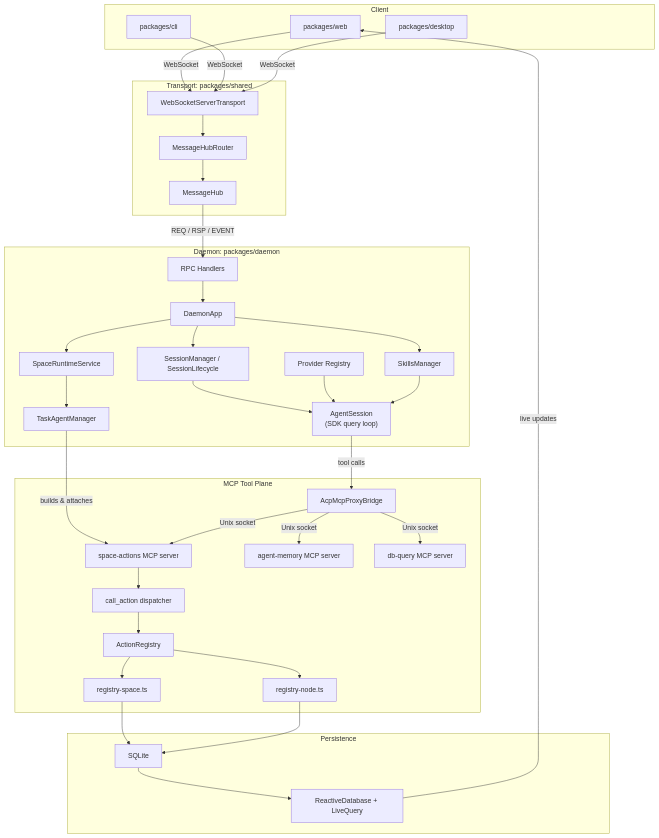
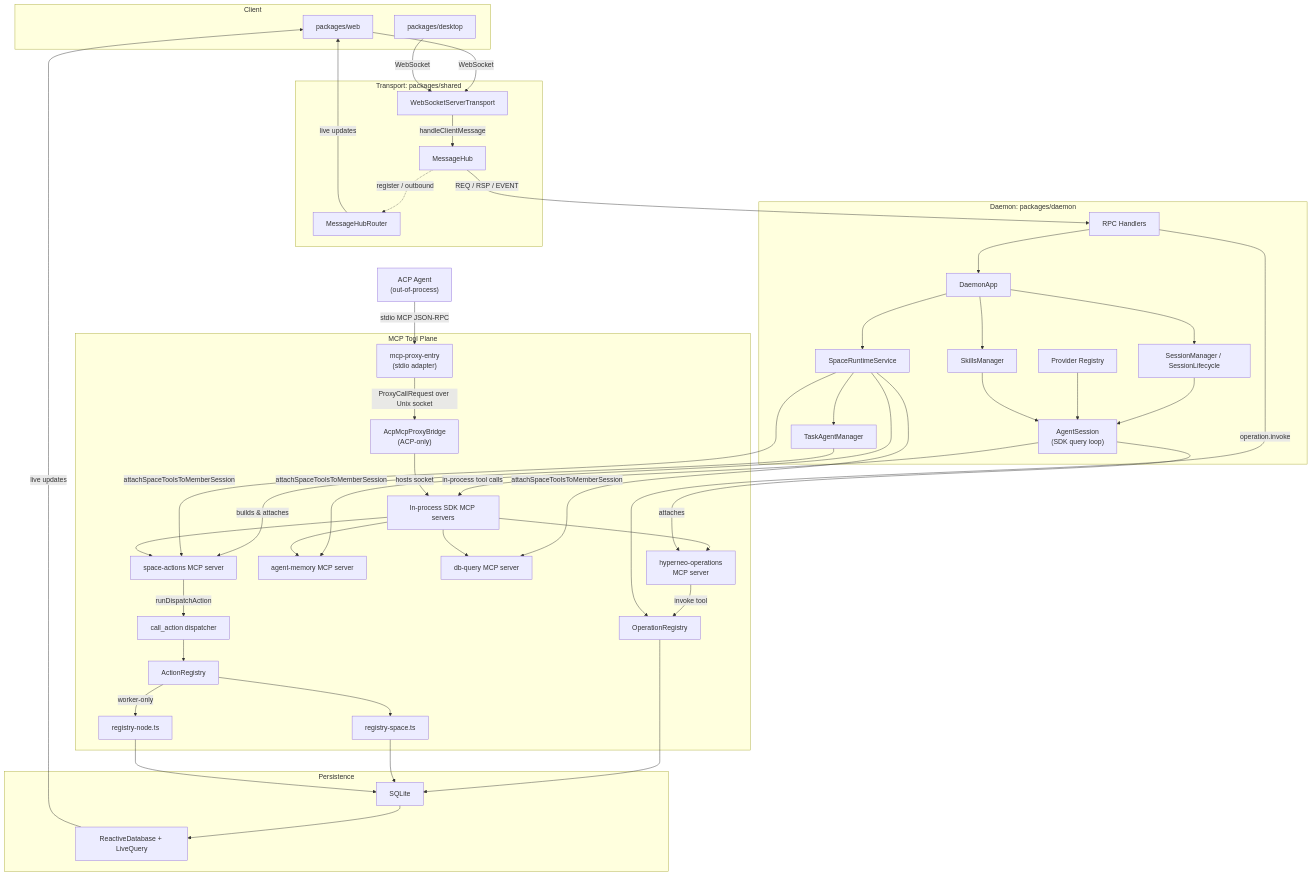
The first of 3 diagrams in docs/architecture/rpc-mcp-unification-current.md (lsm/HyperNeo), drawn with Mermaid before and after one commit. The commit also changed other lines of this file and 1 other file, not shown here.

First line of the commit message:
docs(architecture): address PR #4577 review comments

```diff
--- a/docs/architecture/rpc-mcp-unification-current.md
+++ b/docs/architecture/rpc-mcp-unification-current.md
@@ -8,14 +8,13 @@
 flowchart TB
   subgraph Client [Client]
     Web["packages/web"]
-    CLI["packages/cli"]
     Desktop["packages/desktop"]
   end
 
   subgraph Transport ["Transport: packages/shared"]
+    WSTransport["WebSocketServerTransport"]
+    Hub["MessageHub"]
     Router["MessageHubRouter"]
-    Hub["MessageHub"]
-    WSTransport["WebSocketServerTransport"]
   end
 
   subgraph Daemon ["Daemon: packages/daemon"]
@@ -29,15 +28,19 @@
     Skills["SkillsManager"]
   end
 
-  subgraph MCPPlane ["MCP Tool Plane"]
-    Proxy["AcpMcpProxyBridge"]
+  subgraph McpPlane ["MCP Tool Plane"]
+    SdkMcp["In-process SDK MCP servers"]
+    AcpBridge["AcpMcpProxyBridge<br/>(ACP-only)"]
+    StdioAdapter["mcp-proxy-entry<br/>(stdio adapter)"]
     SpaceActions["space-actions MCP server"]
     AgentMemory["agent-memory MCP server"]
     DbQuery["db-query MCP server"]
+    OpMcp["hyperneo-operations<br/>MCP server"]
     Dispatch["call_action dispatcher"]
-    Registry["ActionRegistry"]
+    ActionReg["ActionRegistry"]
     SpaceReg["registry-space.ts"]
     NodeReg["registry-node.ts"]
+    OpRegistry["OperationRegistry"]
   end
 
   subgraph Persistence [Persistence]
@@ -46,28 +49,39 @@
   end
 
   Web -->|WebSocket| WSTransport
-  CLI -->|WebSocket| WSTransport
   Desktop -->|WebSocket| WSTransport
-  WSTransport --> Router
-  Router --> Hub
+  WSTransport -->|handleClientMessage| Hub
   Hub -->|REQ / RSP / EVENT| RPC
+  Hub -.->|register / outbound| Router
+  Router -->|live updates| Web
   RPC --> App
   App --> SessionMgr
   App --> SpaceRuntime
   App --> Skills
   SpaceRuntime --> TaskAgentMgr
   TaskAgentMgr -->|builds & attaches| SpaceActions
+  SpaceRuntime -->|attachSpaceToolsToMemberSession| SpaceActions
+  SpaceRuntime -->|attachSpaceToolsToMemberSession| AgentMemory
+  SpaceRuntime -->|attachSpaceToolsToMemberSession| DbQuery
   SessionMgr --> AgentSession
   Providers --> AgentSession
   Skills --> AgentSession
-  AgentSession -->|tool calls| Proxy
-  Proxy -->|Unix socket| SpaceActions
-  Proxy -->|Unix socket| AgentMemory
-  Proxy -->|Unix socket| DbQuery
-  SpaceActions --> Dispatch
-  Dispatch --> Registry
-  Registry --> SpaceReg
-  Registry --> NodeReg
+  AgentSession -->|in-process tool calls| SdkMcp
+  SdkMcp --> SpaceActions
+  SdkMcp --> AgentMemory
+  SdkMcp --> DbQuery
+  SdkMcp --> OpMcp
+  AgentSession -->|attaches| OpMcp
+  OpMcp -->|invoke tool| OpRegistry
+  RPC -->|operation.invoke| OpRegistry
+  OpRegistry --> DB
+  AcpBridge -->|hosts socket| SdkMcp
+  StdioAdapter -->|ProxyCallRequest over Unix socket| AcpBridge
+  ACP["ACP Agent<br/>(out-of-process)"] -->|stdio MCP JSON-RPC| StdioAdapter
+  SpaceActions -->|runDispatchAction| Dispatch
+  Dispatch --> ActionReg
+  ActionReg --> SpaceReg
+  ActionReg -->|worker-only| NodeReg
   SpaceReg --> DB
   NodeReg --> DB
   DB --> Reactive
```
